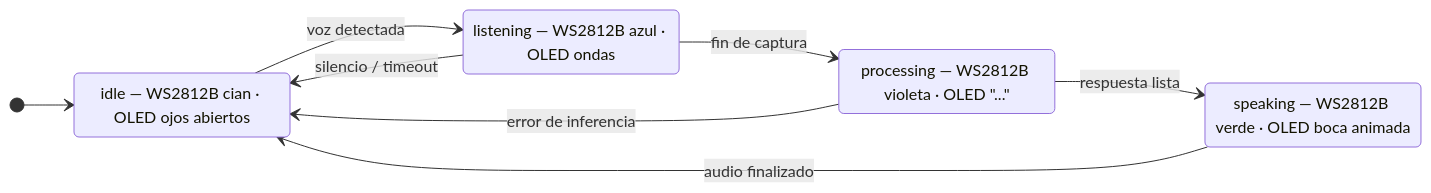
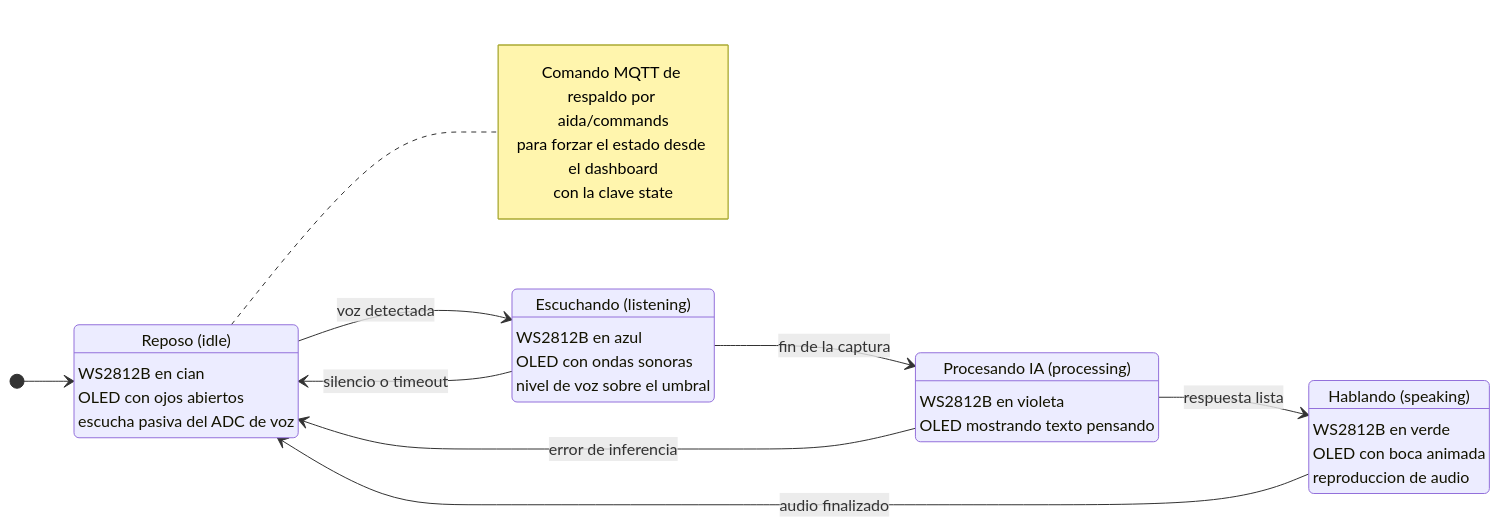
The third of 4 diagrams in Lab 9 Tarea/06-uml.md (xllnyxthornllx/AIDA-), drawn with Mermaid before and after one commit. The commit also changed other lines of this file and 13 other files, not shown here.

Commit message:
lab9: diagrama uml de componentes de la solucion

````diff
--- a/Lab 9 Tarea/06-uml.md
+++ b/Lab 9 Tarea/06-uml.md
@@ -37,15 +93,37 @@
 ```mermaid
 stateDiagram-v2
     direction LR
     [*] --> Reposo
-    Reposo : idle — WS2812B cian · OLED ojos abiertos
-    Escuchando : listening — WS2812B azul · OLED ondas
-    Procesando : processing — WS2812B violeta · OLED "..."
-    Hablando : speaking — WS2812B verde · OLED boca animada
+
+    Reposo : Reposo (idle)
+    Reposo : WS2812B en cian
+    Reposo : OLED con ojos abiertos
+    Reposo : escucha pasiva del ADC de voz
+
+    Escuchando : Escuchando (listening)
+    Escuchando : WS2812B en azul
+    Escuchando : OLED con ondas sonoras
+    Escuchando : nivel de voz sobre el umbral
+
+    Procesando : Procesando IA (processing)
+    Procesando : WS2812B en violeta
+    Procesando : OLED mostrando texto pensando
+
+    Hablando : Hablando (speaking)
+    Hablando : WS2812B en verde
+    Hablando : OLED con boca animada
+    Hablando : reproduccion de audio
+
     Reposo --> Escuchando : voz detectada
-    Escuchando --> Procesando : fin de captura
+    Escuchando --> Procesando : fin de la captura
     Procesando --> Hablando : respuesta lista
     Hablando --> Reposo : audio finalizado
-    Escuchando --> Reposo : silencio / timeout
+    Escuchando --> Reposo : silencio o timeout
     Procesando --> Reposo : error de inferencia
+
+    note right of Reposo
+      Comando MQTT de respaldo por aida/commands
+      para forzar el estado desde el dashboard
+      con la clave state
+    end note
 ```
````
